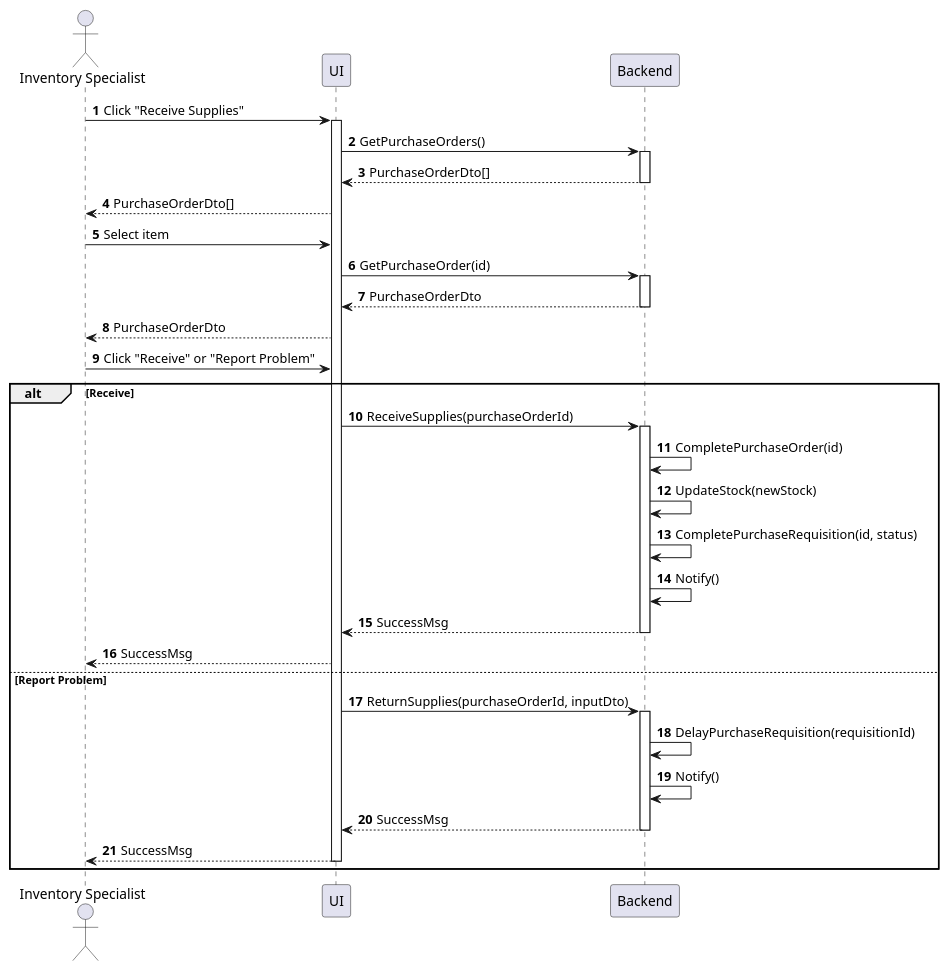
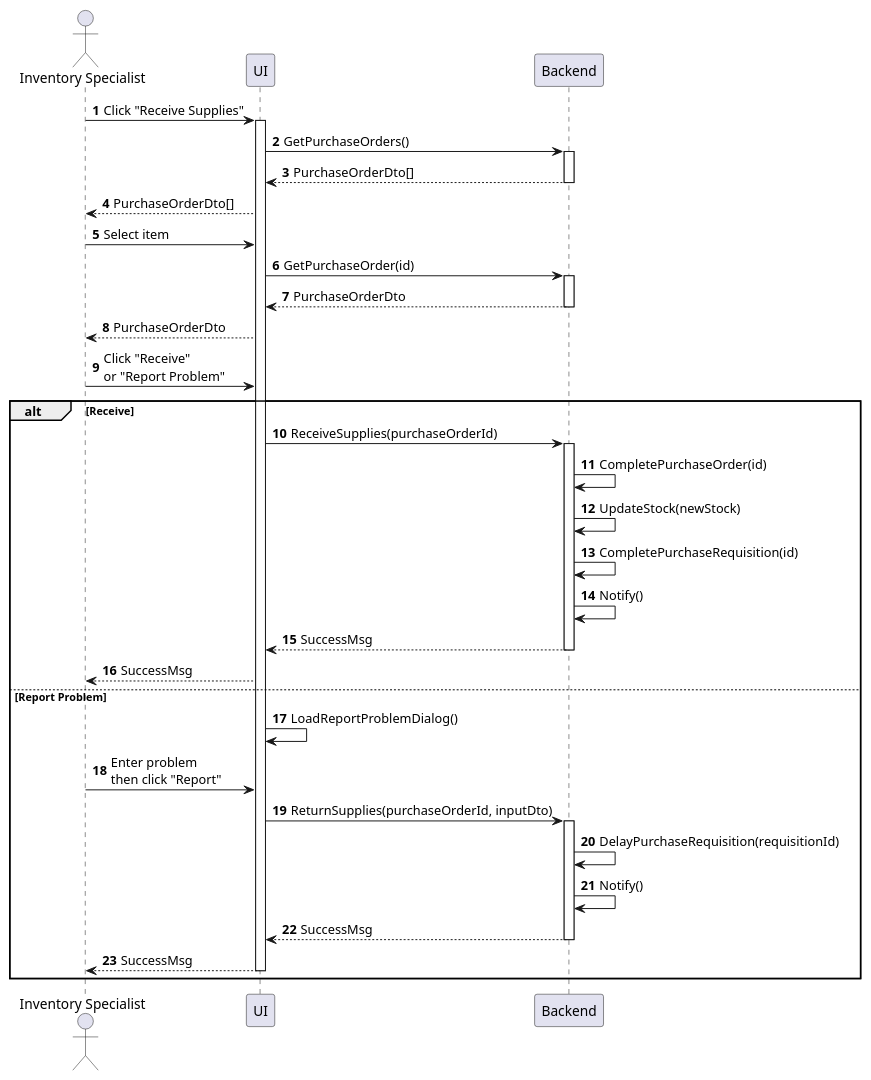
One commit to phihungha/scmss-reqs changed the diagram in sequences/inventory-supply-receive.plantuml. Above: the diagram before and after it, drawn with PlantUML. The commit also changed 7 other files, not shown here.

```diff
--- a/sequences/inventory-supply-receive.plantuml
+++ b/sequences/inventory-supply-receive.plantuml
@@ -1,39 +1,41 @@
 @startuml inventory-supply-receive
 autonumber
 
 actor "Inventory Specialist" as a
 participant UI as f
 participant Backend as b
 
 a -> f : Click "Receive Supplies"
 activate f
 f -> b : GetPurchaseOrders()
 activate b
 return PurchaseOrderDto[]
 f --> a : PurchaseOrderDto[]
 a -> f : Select item
 f -> b : GetPurchaseOrder(id)
 activate b
 return PurchaseOrderDto
 f --> a : PurchaseOrderDto
-a -> f : Click "Receive" or "Report Problem"
+a -> f : Click "Receive"\nor "Report Problem"
 
 alt Receive
     f -> b : ReceiveSupplies(purchaseOrderId)
     activate b
     b -> b : CompletePurchaseOrder(id)
     b -> b : UpdateStock(newStock)
-    b -> b : CompletePurchaseRequisition(id, status)
+    b -> b : CompletePurchaseRequisition(id)
     b -> b : Notify()
     return SuccessMsg
     f --> a : SuccessMsg
 else Report Problem
+    f -> f : LoadReportProblemDialog()
+    a -> f : Enter problem\nthen click "Report"
     f -> b : ReturnSupplies(purchaseOrderId, inputDto)
     activate b
     b -> b : DelayPurchaseRequisition(requisitionId)
     b -> b : Notify()
     return SuccessMsg
     f --> a : SuccessMsg
     deactivate f
 end
 @enduml
```
